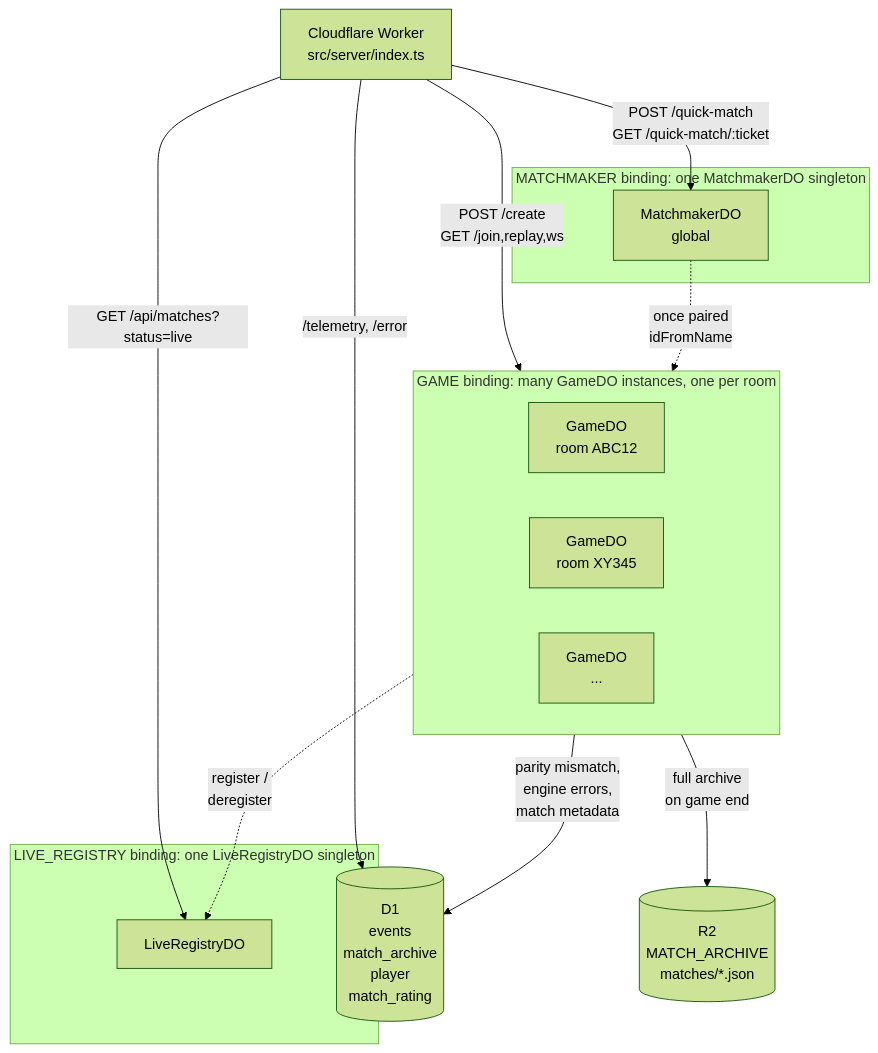
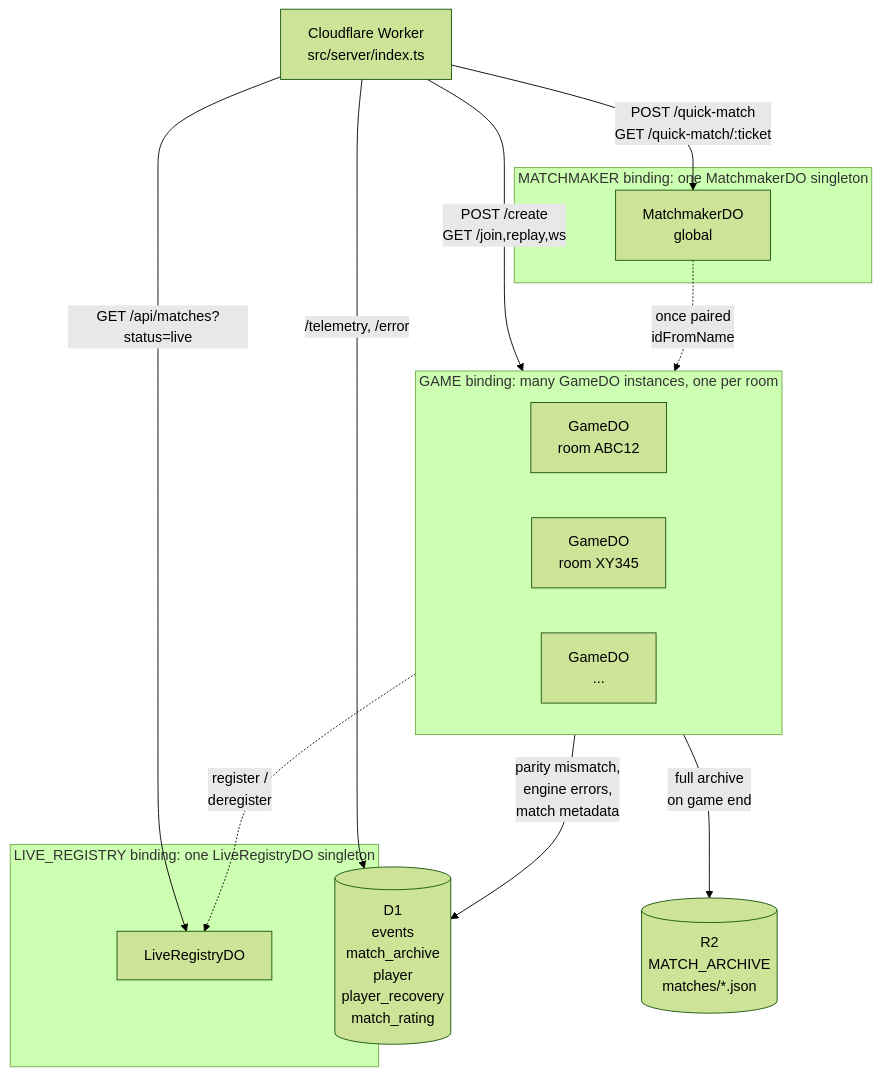
Before and after one commit to tre-systems/delta-v: the first of 7 diagrams in docs/ARCHITECTURE.md, drawn with Mermaid (forest theme). The commit also changed other lines of this file and 32 other files, not shown here.

````diff
--- a/docs/ARCHITECTURE.md
+++ b/docs/ARCHITECTURE.md
@@ -52,33 +52,33 @@
 ```mermaid
 flowchart TB
   W[Cloudflare Worker<br/>src/server/index.ts]
 
   subgraph GAME[GAME binding: many GameDO instances, one per room]
     direction LR
     G1[GameDO<br/>room ABC12]
     G2[GameDO<br/>room XY345]
     GN[GameDO<br/>...]
   end
 
   subgraph MATCHMAKER[MATCHMAKER binding: one MatchmakerDO singleton]
     M[MatchmakerDO<br/>global]
   end
 
   subgraph LIVE_REGISTRY[LIVE_REGISTRY binding: one LiveRegistryDO singleton]
     L[LiveRegistryDO]
   end
 
   W -->|POST /quick-match<br/>GET /quick-match/:ticket| M
   W -->|POST /create<br/>GET /join,replay,ws| GAME
   W -->|GET /api/matches?status=live| L
 
   M -.->|once paired<br/>idFromName| GAME
   GAME -.->|register /<br/>deregister| L
 
-  D[(D1<br/>events<br/>match_archive<br/>player<br/>match_rating)]
+  D[(D1<br/>events<br/>match_archive<br/>player<br/>player_recovery<br/>match_rating)]
   R[(R2<br/>MATCH_ARCHIVE<br/>matches/*.json)]
 
   GAME -->|parity mismatch,<br/>engine errors,<br/>match metadata| D
   GAME -->|full archive<br/>on game end| R
   W -->|/telemetry, /error| D
 ```
````
